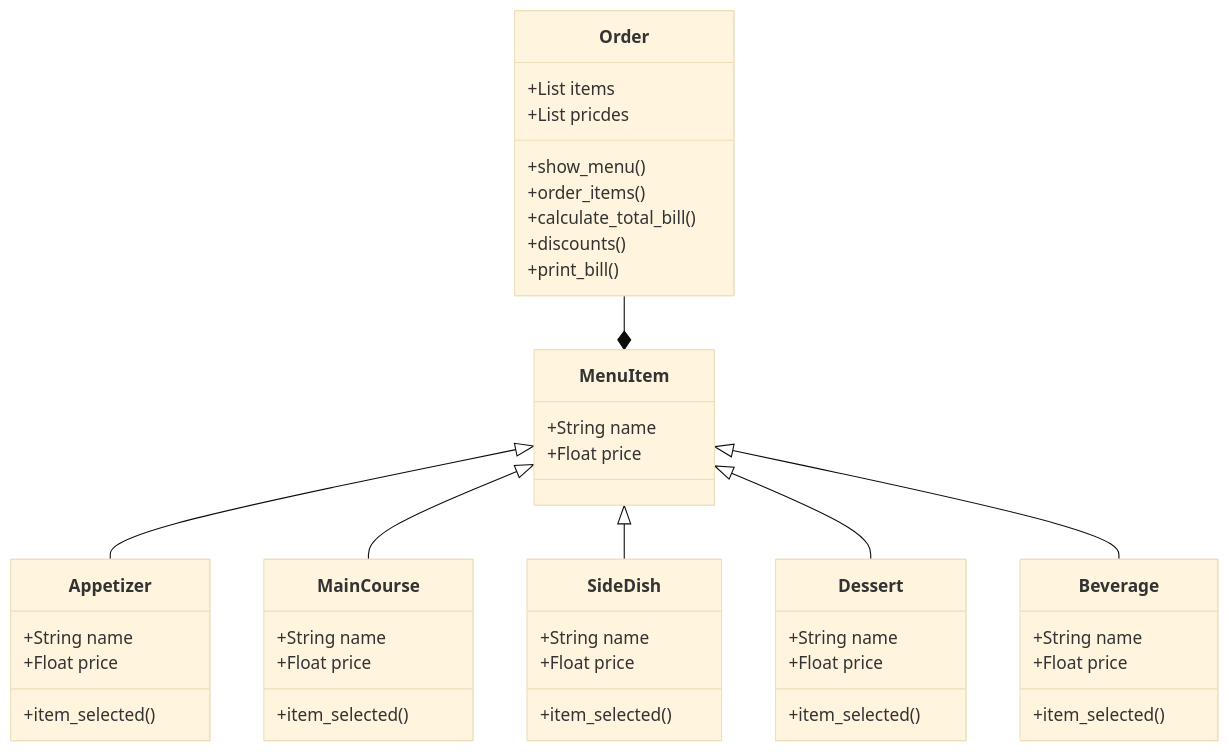
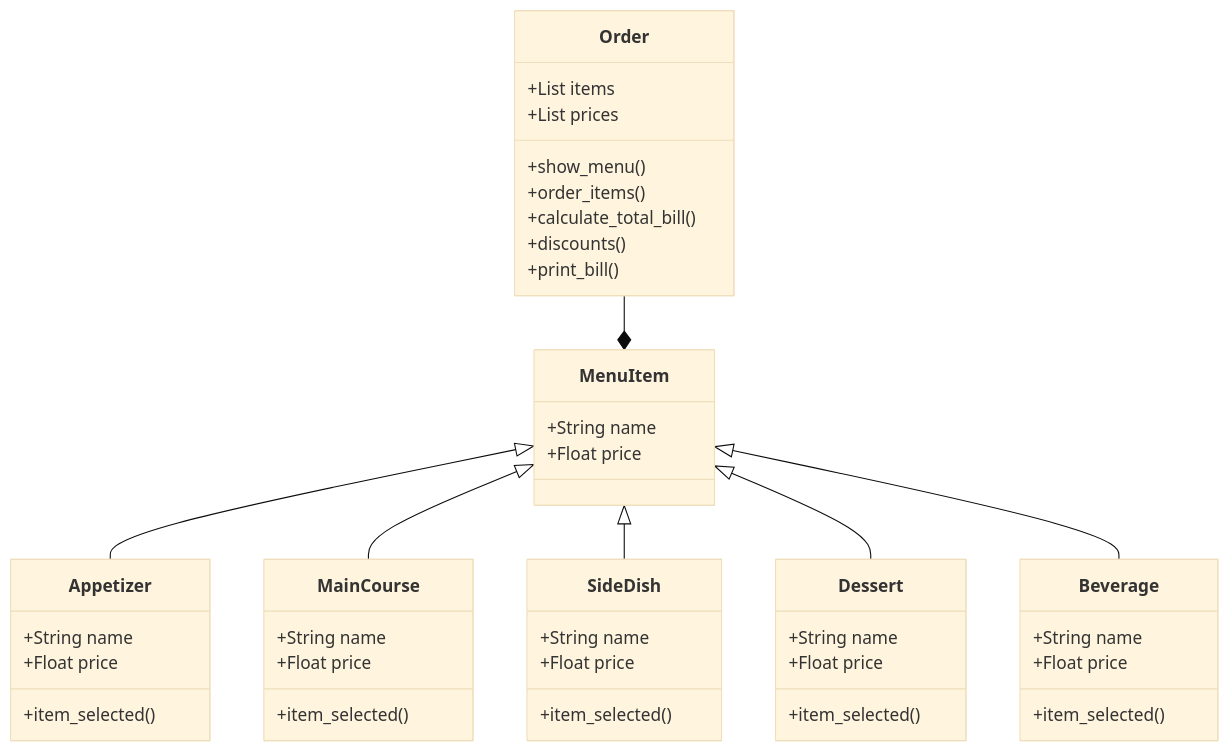
One commit to MariaAleja05/Reto3_POO_AlejaRestaurant changed the diagram in README.md. Above: the diagram before and after it, drawn with Mermaid (base theme).

````diff
--- a/README.md
+++ b/README.md
@@ -235,45 +235,45 @@
 ```mermaid
 classDiagram
     MenuItem <|-- Appetizer
     MenuItem <|-- MainCourse
     MenuItem <|-- SideDish
     MenuItem <|-- Dessert
     MenuItem <|-- Beverage
     MenuItem : +String name
     MenuItem : +Float price
 
     Order --* MenuItem
     Order : +List items
-    Order : +List pricdes
+    Order : +List prices
     Order : +show_menu()
     Order : +order_items()
     Order : +calculate_total_bill()
     Order : +discounts()
     Order : +print_bill()
 
     class Appetizer{
       +String name
       +Float price
       +item_selected()
     }
     class MainCourse{
       +String name
       +Float price
       +item_selected()
     }
     class SideDish{
       +String name
       +Float price
       +item_selected()
     }
     class Dessert{
       +String name
       +Float price
       +item_selected()
     }
     class Beverage{
       +String name
       +Float price
       +item_selected()
     }
 ```
````
